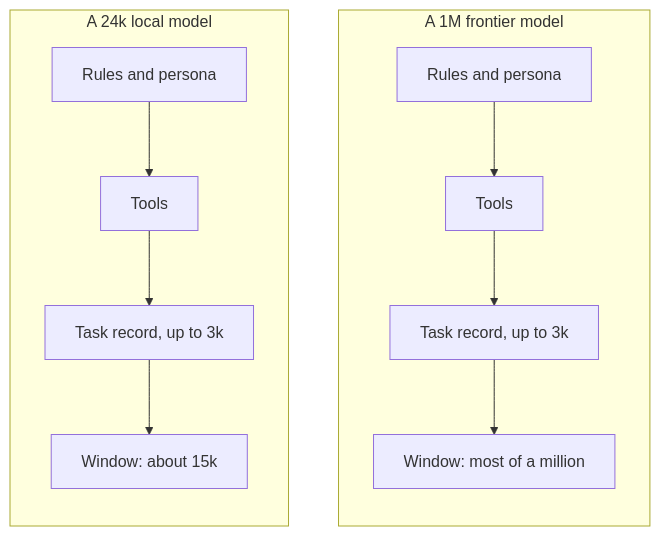
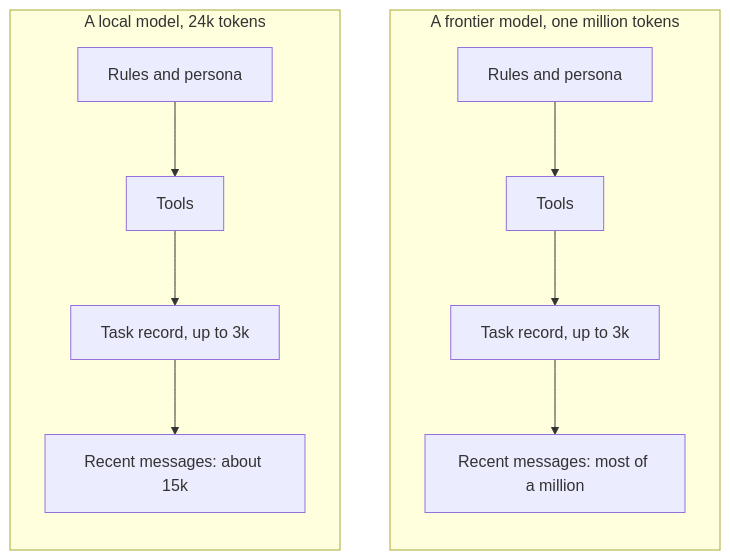
One commit to JaredTate/nerdgenie changed the sixth of 8 diagrams in COEUS.md. Above: the diagram before and after it, drawn with Mermaid. The commit also changed other lines of this file and 1 other file, not shown here.

````diff
--- a/COEUS.md
+++ b/COEUS.md
@@ -242,11 +208,11 @@
 ```mermaid
 flowchart TB
-  subgraph Big["A 1M frontier model"]
+  subgraph Big["A frontier model, one million tokens"]
     direction TB
-    B1["Rules and persona"] --> B2["Tools"] --> B3["Task record, up to 3k"] --> B4["Window: most of a million"]
+    B1["Rules and persona"] --> B2["Tools"] --> B3["Task record, up to 3k"] --> B4["Recent messages: most of a million"]
   end
-  subgraph Small["A 24k local model"]
+  subgraph Small["A local model, 24k tokens"]
     direction TB
-    S1["Rules and persona"] --> S2["Tools"] --> S3["Task record, up to 3k"] --> S4["Window: about 15k"]
+    S1["Rules and persona"] --> S2["Tools"] --> S3["Task record, up to 3k"] --> S4["Recent messages: about 15k"]
   end
 ```
````
